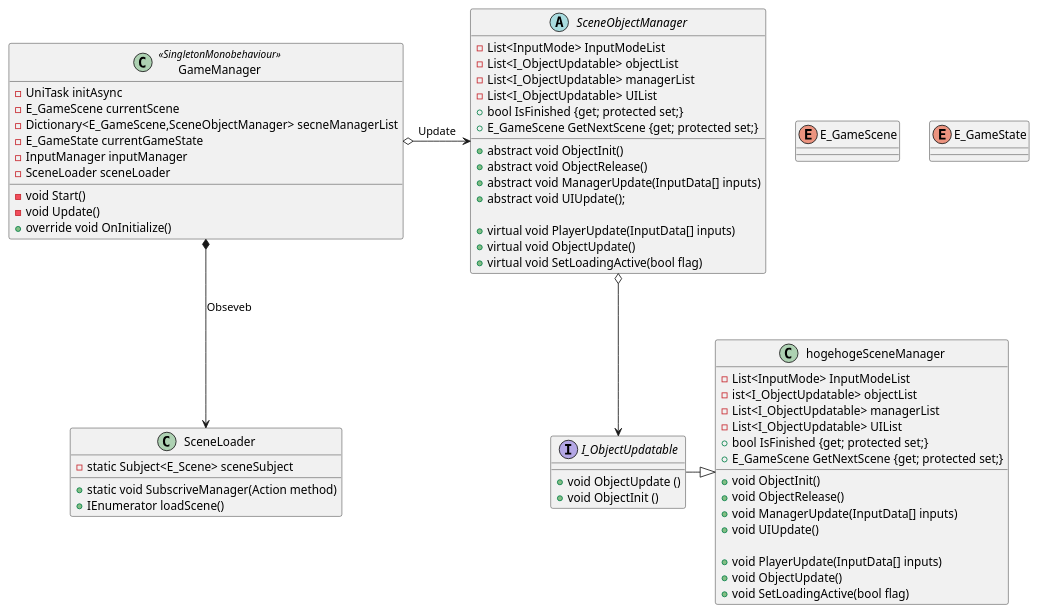
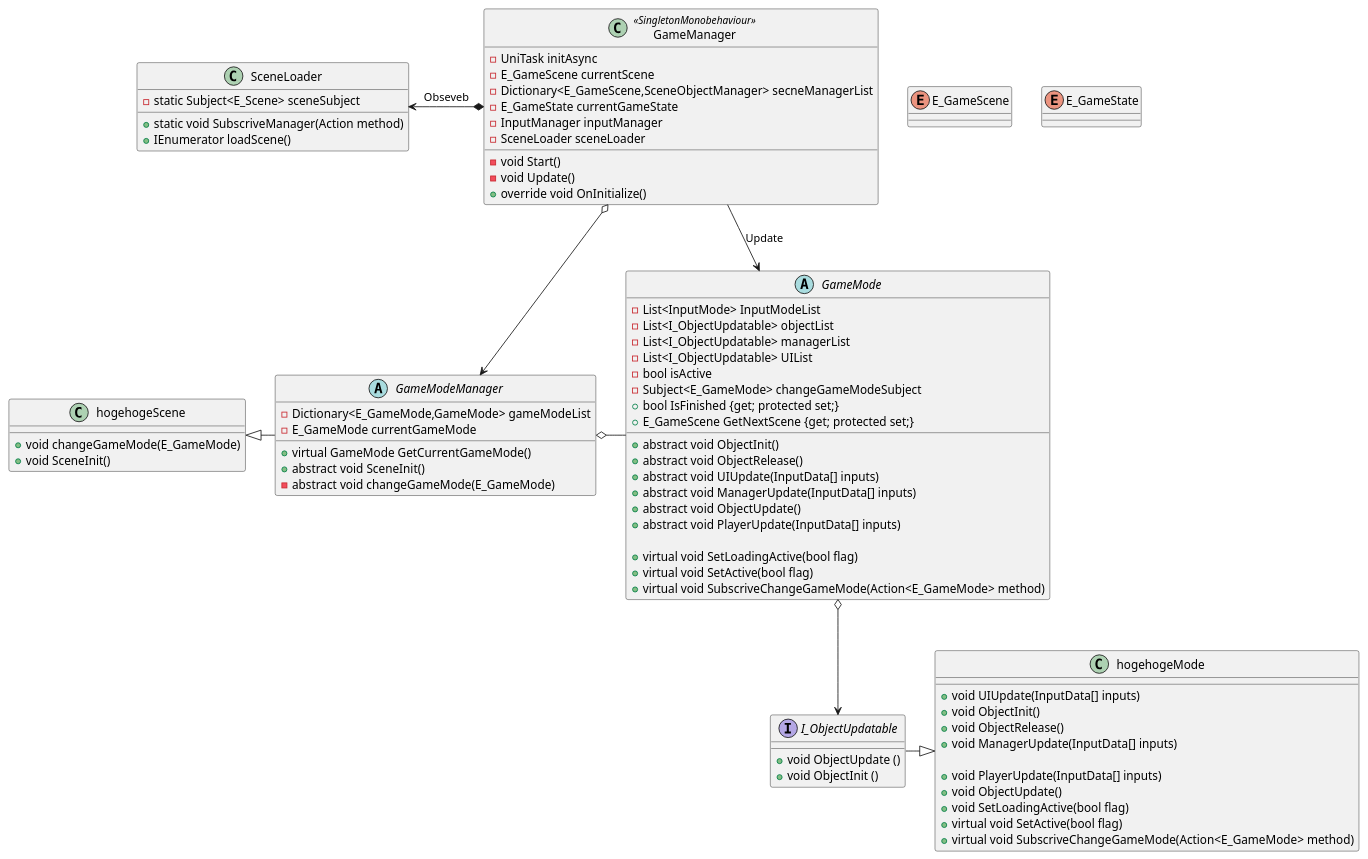
The diagram in Assets/Uml/Zunda/Class/GameManager.pu (tezumozu/Unity_tests), drawn with PlantUML before and after one commit. The commit also changed 26 other files, not shown here.

Commit message:
coding update GameManager and uml designed OptionManager

```diff
--- a/Assets/Uml/Zunda/Class/GameManager.pu
+++ b/Assets/Uml/Zunda/Class/GameManager.pu
@@ -1,78 +1,100 @@
 @startuml ゲーマネージャ
 class GameManager <<SingletonMonobehaviour>>{
     - UniTask initAsync
     - E_GameScene currentScene
     - Dictionary<E_GameScene,SceneObjectManager> secneManagerList
     - E_GameState currentGameState
     - InputManager inputManager
     - SceneLoader sceneLoader
 
     - void Start()
     - void Update()
     + override void OnInitialize()
 
 }
 
-abstract class SceneObjectManager{
+
+abstract class GameModeManager {
+    - Dictionary<E_GameMode,GameMode> gameModeList
+    - E_GameMode currentGameMode
+
+    + virtual GameMode GetCurrentGameMode()
+    + abstract void SceneInit()
+    - abstract void changeGameMode(E_GameMode)
+}
+
+class hogehogeScene{
+
+    + void changeGameMode(E_GameMode)
+    + void SceneInit()
+}
+
+
+abstract class GameMode{
     - List<InputMode> InputModeList
     -List<I_ObjectUpdatable> objectList
     -List<I_ObjectUpdatable> managerList
     -List<I_ObjectUpdatable> UIList
+    - bool isActive
+    - Subject<E_GameMode> changeGameModeSubject
     + bool IsFinished {get; protected set;}
     + E_GameScene GetNextScene {get; protected set;}
 
     + abstract void ObjectInit()
     + abstract void ObjectRelease()
+    + abstract void UIUpdate(InputData[] inputs)
     + abstract void ManagerUpdate(InputData[] inputs)
-    + abstract void UIUpdate();
+    + abstract void ObjectUpdate()
+    + abstract void PlayerUpdate(InputData[] inputs)
 
-    + virtual void PlayerUpdate(InputData[] inputs)
-    + virtual void ObjectUpdate()
     + virtual void SetLoadingActive(bool flag)
+    + virtual void SetActive(bool flag)
+    + virtual void SubscriveChangeGameMode(Action<E_GameMode> method)
 }
 
-class hogehogeSceneManager{
-    - List<InputMode> InputModeList
-    - ist<I_ObjectUpdatable> objectList
-    - List<I_ObjectUpdatable> managerList
-    - List<I_ObjectUpdatable> UIList
-    + bool IsFinished {get; protected set;}
-    + E_GameScene GetNextScene {get; protected set;}
-
+class hogehogeMode{
+    + void UIUpdate(InputData[] inputs)
     + void ObjectInit()
     + void ObjectRelease()
     + void ManagerUpdate(InputData[] inputs)
-    + void UIUpdate()
 
     + void PlayerUpdate(InputData[] inputs)
     + void ObjectUpdate()
     + void SetLoadingActive(bool flag)
+    + virtual void SetActive(bool flag)
+    + virtual void SubscriveChangeGameMode(Action<E_GameMode> method)
+
 
 }
 
 interface I_ObjectUpdatable {
     + void ObjectUpdate ()
     + void ObjectInit ()
 }
 
 class SceneLoader{
     - static Subject<E_Scene> sceneSubject
 
     + static void SubscriveManager(Action method)
     + IEnumerator loadScene()
 }
 
 enum E_GameScene{
 
 }
 
 enum E_GameState{
 
 }
 
 
-GameManager *--> SceneLoader : Obseveb
-GameManager o-right-> SceneObjectManager : Update
-SceneObjectManager o--> I_ObjectUpdatable
-hogehogeSceneManager <|-left- I_ObjectUpdatable
+GameManager *-left-> SceneLoader : Obseveb
+GameManager -right-> GameMode : Update
+GameManager o--> GameModeManager
+
+GameModeManager o-right- GameMode
+hogehogeScene <|-right- GameModeManager
+
+GameMode o--> I_ObjectUpdatable
+hogehogeMode <|-left- I_ObjectUpdatable
 @enduml
```
